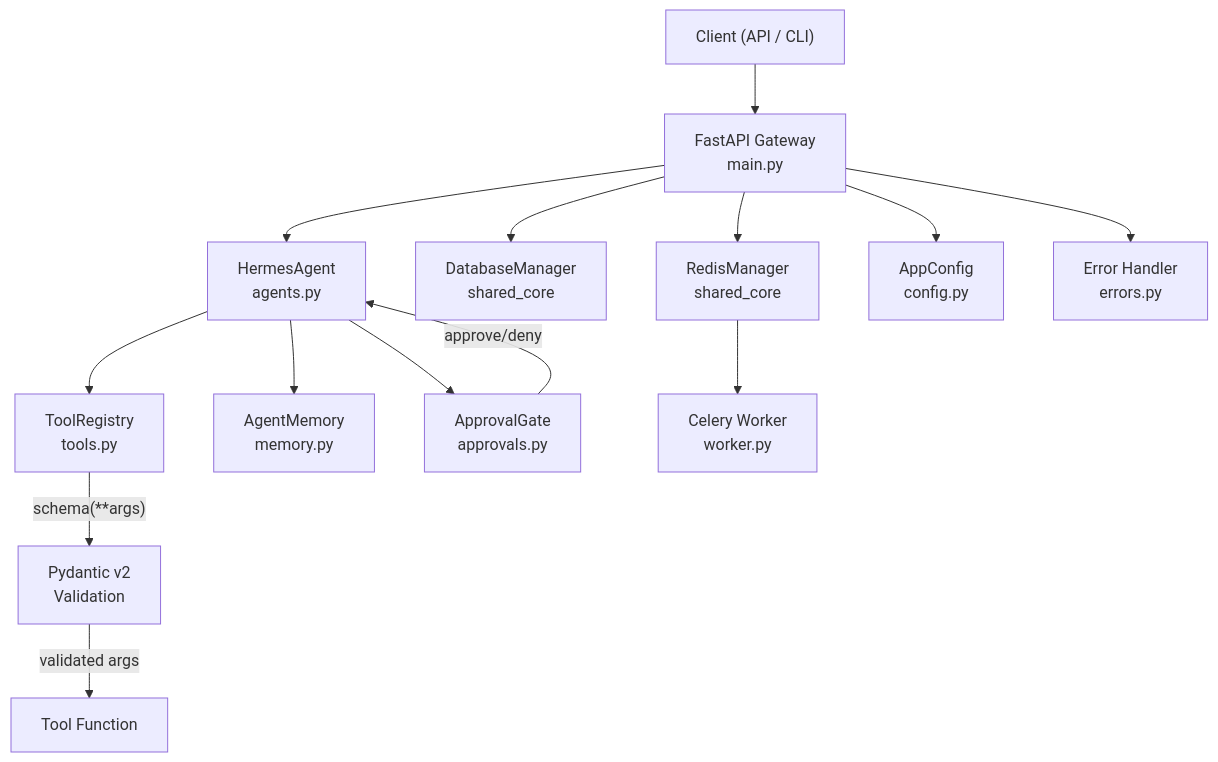
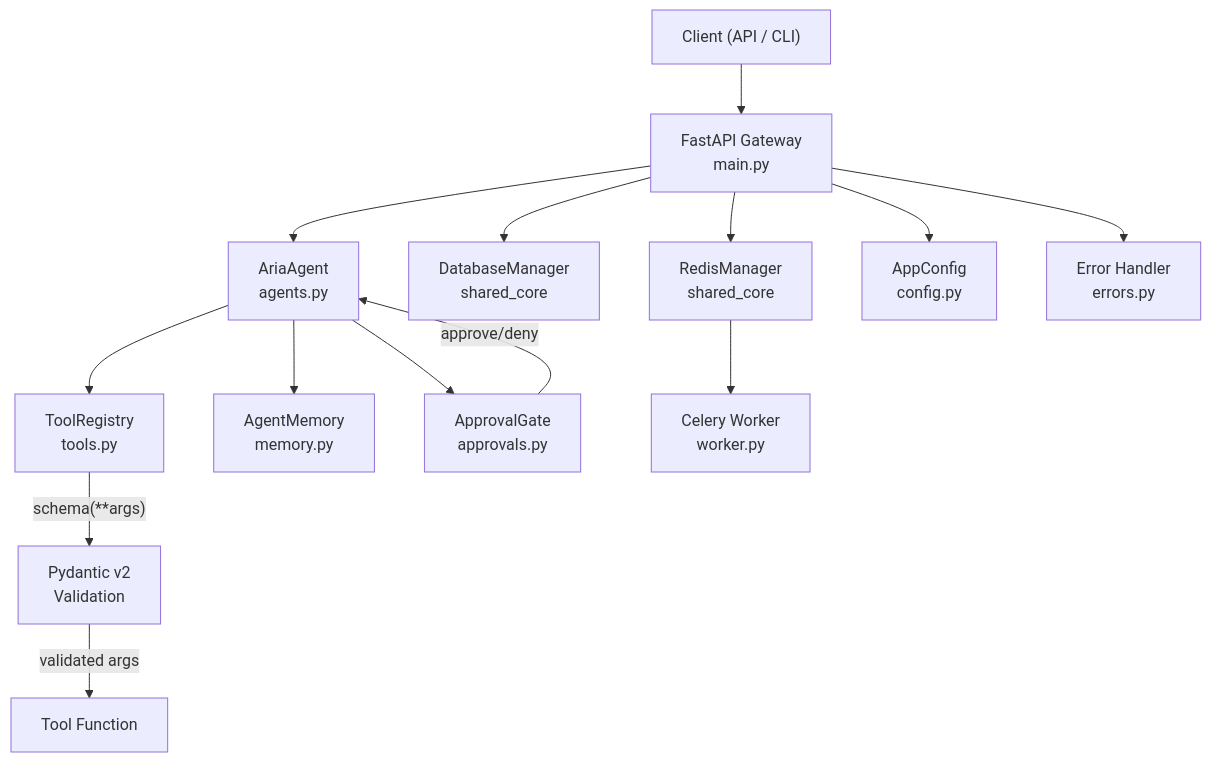
One commit to FishRaposo/aria-agent changed the diagram in README.md. Above: the diagram before and after it, drawn with Mermaid. The commit also changed other lines of this file and 31 other files, not shown here.

First line of the commit message:
refactor(aria-agent): rename package from hermes to aria_agent

````diff
--- a/README.md
+++ b/README.md
@@ -39,16 +41,16 @@
 ```mermaid
 graph TD
     Client["Client (API / CLI)"] --> API["FastAPI Gateway<br/>main.py"]
-    API --> Agent["HermesAgent<br/>agents.py"]
+    API --> Agent["AriaAgent<br/>agents.py"]
     Agent --> Registry["ToolRegistry<br/>tools.py"]
     Agent --> Memory["AgentMemory<br/>memory.py"]
     Agent --> Gate["ApprovalGate<br/>approvals.py"]
     Registry -->|"schema(**args)"| Pydantic["Pydantic v2<br/>Validation"]
     Pydantic -->|"validated args"| ToolFn["Tool Function"]
     Gate -->|"approve/deny"| Agent
     API --> DB["DatabaseManager<br/>shared_core"]
     API --> Redis["RedisManager<br/>shared_core"]
     Redis --> Worker["Celery Worker<br/>worker.py"]
     API --> Config["AppConfig<br/>config.py"]
     API --> Errors["Error Handler<br/>errors.py"]
 ```
````
